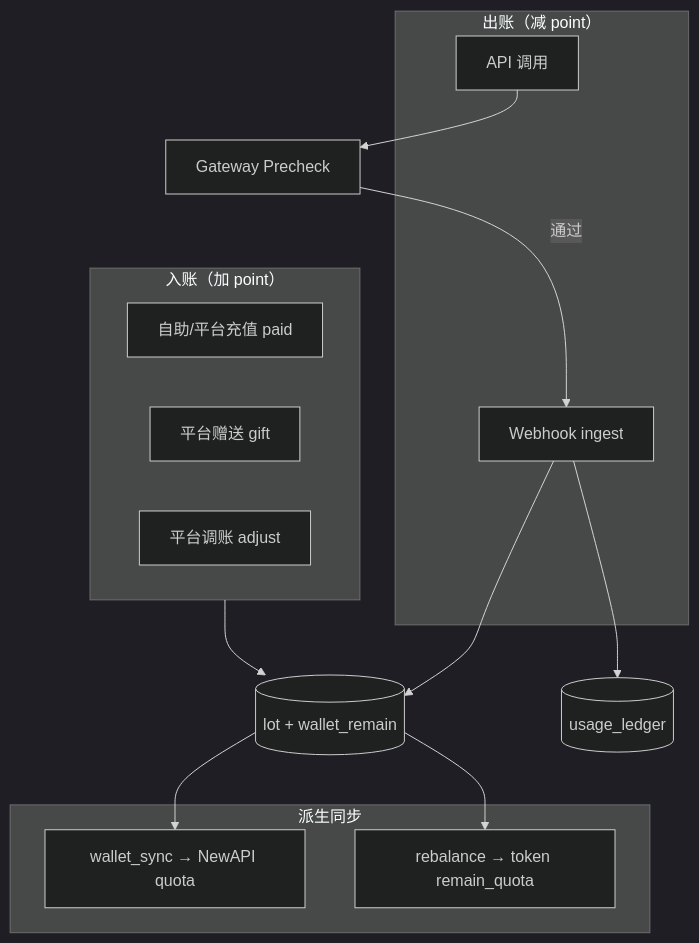
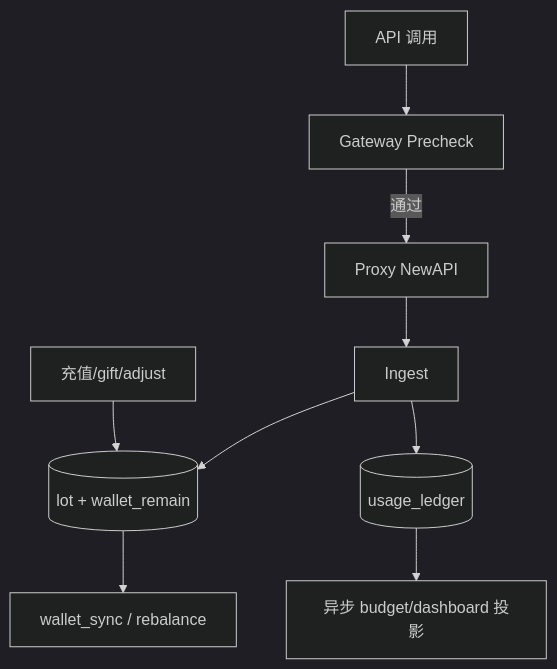
The third of 6 diagrams in docs/Backend-计费模式.md (quyip8818/mytokenjoy), drawn with Mermaid (dark theme) before and after one commit. The commit also changed other lines of this file and 23 other files, not shown here.

````diff
--- a/docs/Backend-计费模式.md
+++ b/docs/Backend-计费模式.md
@@ -157,26 +149,11 @@
 ```mermaid
 flowchart TB
-    subgraph Credit["入账（加 point）"]
-        A1[自助/平台充值 paid]
-        A2[平台赠送 gift]
-        A3[平台调账 adjust]
-    end
-
-    subgraph Debit["出账（减 point）"]
-        B1[API 调用]
-        B2[Webhook ingest]
-    end
-
-    subgraph Sync["派生同步"]
-        C1[wallet_sync → NewAPI quota]
-        C2[rebalance → token remain_quota]
-    end
-
-    Credit --> LOT[(lot + wallet_remain)]
-    B1 --> GW[Gateway Precheck]
-    GW -->|通过| B2
-    B2 --> LOT
-    B2 --> LED[(usage_ledger)]
-    LOT --> C1
-    LOT --> C2
+  Credit[充值/gift/adjust] --> LOT[(lot + wallet_remain)]
+  Call[API 调用] --> GW[Gateway Precheck]
+  GW -->|通过| Proxy[Proxy NewAPI]
+  Proxy --> ING[Ingest]
+  ING --> LOT
+  ING --> LED[(usage_ledger)]
+  LED --> Proj[异步 budget/dashboard 投影]
+  LOT --> Sync[wallet_sync / rebalance]
 ```
````
